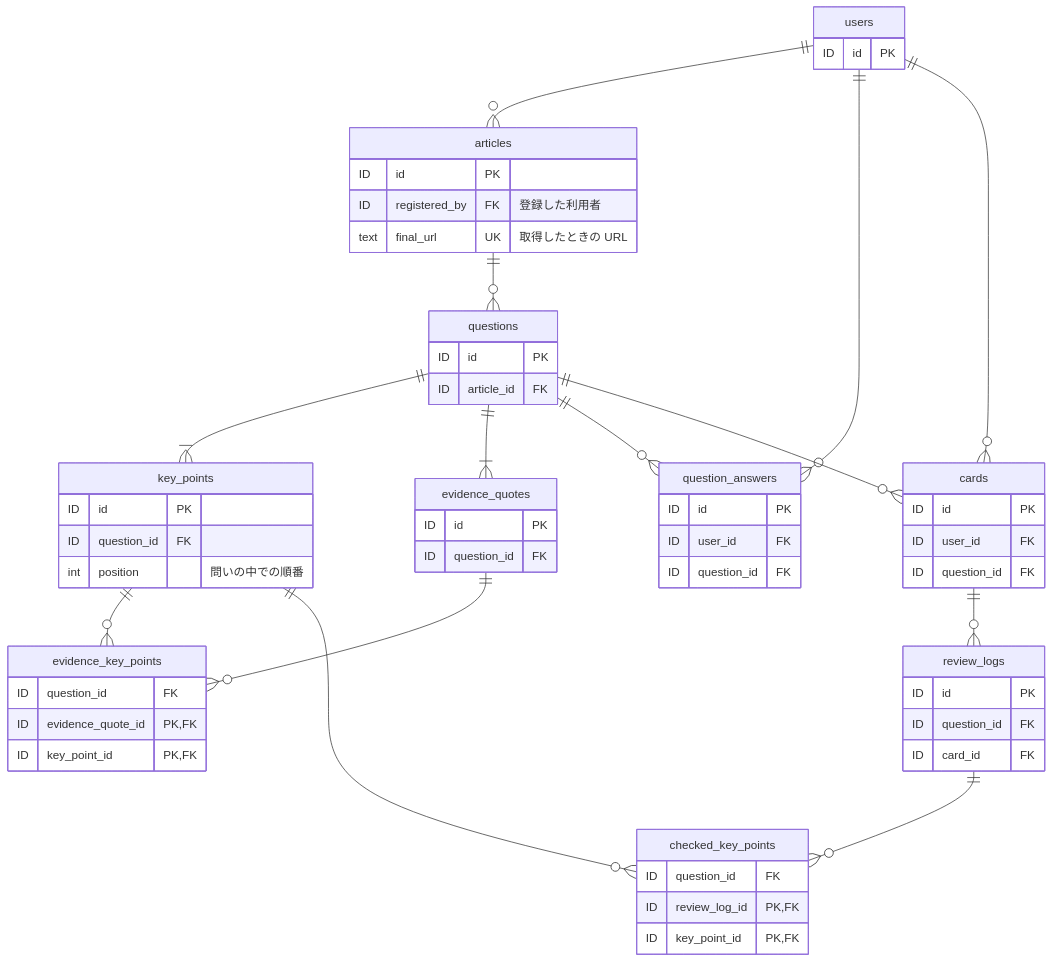
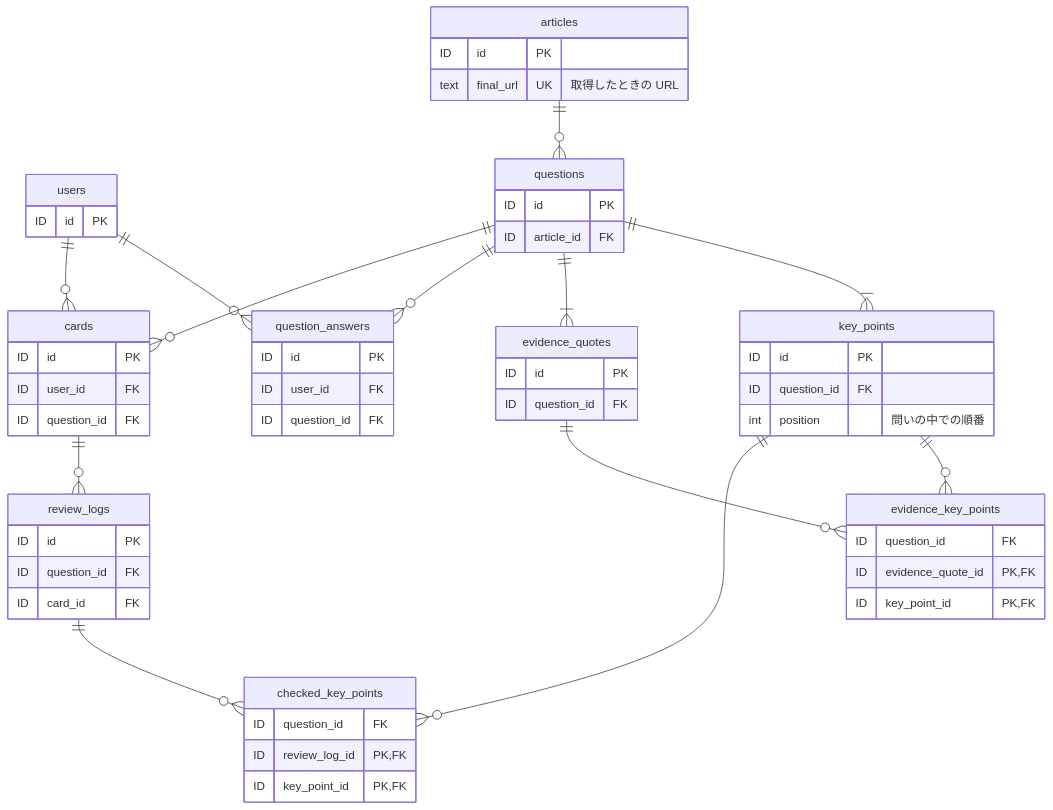
One commit to peta-skr/seidoku changed the diagram in docs/data-model.md. Above: the diagram before and after it, drawn with Mermaid. The commit also changed other lines of this file and 3 other files, not shown here.

````diff
--- a/docs/data-model.md
+++ b/docs/data-model.md
@@ -103,63 +111,61 @@
 ```mermaid
 erDiagram
-    users ||--o{ articles : ""
     users ||--o{ question_answers : ""
     users ||--o{ cards : ""
     articles ||--o{ questions : ""
     questions ||--|{ key_points : ""
     questions ||--|{ evidence_quotes : ""
     evidence_quotes ||--o{ evidence_key_points : ""
     key_points ||--o{ evidence_key_points : ""
     questions ||--o{ question_answers : ""
     questions ||--o{ cards : ""
     cards ||--o{ review_logs : ""
     review_logs ||--o{ checked_key_points : ""
     key_points ||--o{ checked_key_points : ""
 
     users {
         ID id PK
     }
     articles {
         ID id PK
-        ID registered_by FK "登録した利用者"
         text final_url UK "取得したときの URL"
     }
     questions {
         ID id PK
         ID article_id FK
     }
     key_points {
         ID id PK
         ID question_id FK
         int position "問いの中での順番"
     }
     evidence_quotes {
         ID id PK
         ID question_id FK
     }
     evidence_key_points {
         ID question_id FK
         ID evidence_quote_id PK, FK
         ID key_point_id PK, FK
     }
     question_answers {
         ID id PK
         ID user_id FK
         ID question_id FK
     }
     cards {
         ID id PK
         ID user_id FK
         ID question_id FK
     }
     review_logs {
         ID id PK
         ID question_id FK
         ID card_id FK
     }
     checked_key_points {
         ID question_id FK
         ID review_log_id PK, FK
         ID key_point_id PK, FK
     }
 ```
````
